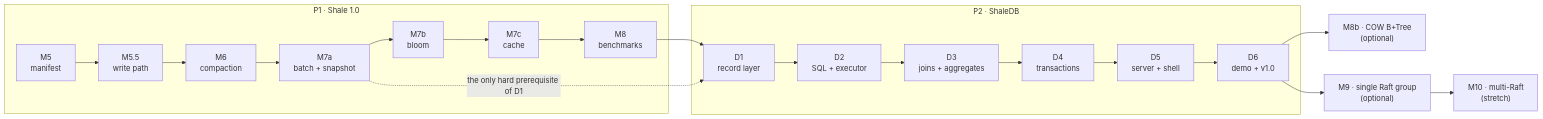
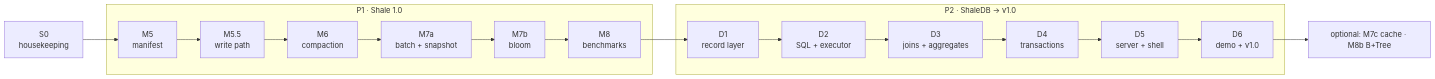
The diagram in documentation/roadmap/completion-plan.md (rahul-j0shi/shale), drawn with Mermaid before and after one commit. The commit also changed other lines of this file and 5 other files, not shown here.

````diff
--- a/documentation/roadmap/completion-plan.md
+++ b/documentation/roadmap/completion-plan.md
@@ -28,13 +43,12 @@
 ```mermaid
 flowchart LR
+  s0["S0<br/>housekeeping"] --> m5["M5<br/>manifest"]
   subgraph p1["P1 · Shale 1.0"]
-    m5["M5<br/>manifest"] --> m55["M5.5<br/>write path"] --> m6["M6<br/>compaction"] --> m7a["M7a<br/>batch + snapshot"] --> m7b["M7b<br/>bloom"] --> m7c["M7c<br/>cache"] --> m8["M8<br/>benchmarks"]
+    m5 --> m55["M5.5<br/>write path"] --> m6["M6<br/>compaction"] --> m7a["M7a<br/>batch + snapshot"] --> m7b["M7b<br/>bloom"] --> m8["M8<br/>benchmarks"]
   end
-  subgraph p2["P2 · ShaleDB"]
+  subgraph p2["P2 · ShaleDB → v1.0"]
     d1["D1<br/>record layer"] --> d2["D2<br/>SQL + executor"] --> d3["D3<br/>joins + aggregates"] --> d4["D4<br/>transactions"] --> d5["D5<br/>server + shell"] --> d6["D6<br/>demo + v1.0"]
   end
   m8 --> d1
-  m7a -. "the only hard prerequisite of D1" .-> d1
-  d6 --> m8b["M8b · COW B+Tree<br/>(optional)"]
-  d6 --> m9["M9 · single Raft group<br/>(optional)"] --> m10["M10 · multi-Raft<br/>(stretch)"]
+  d6 --> opt["optional: M7c cache · M8b B+Tree"]
 ```
````
